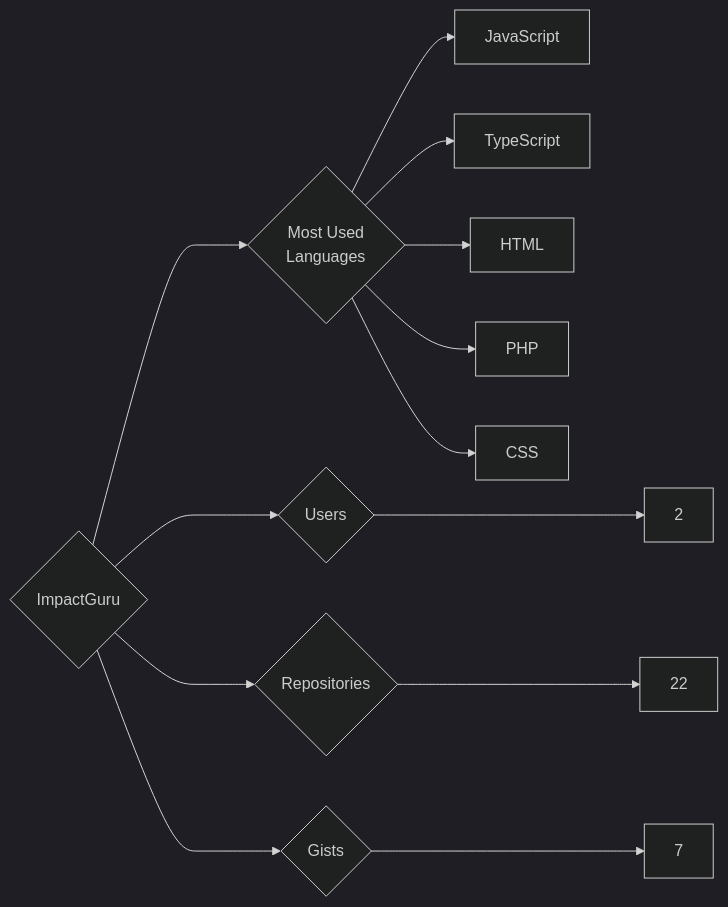
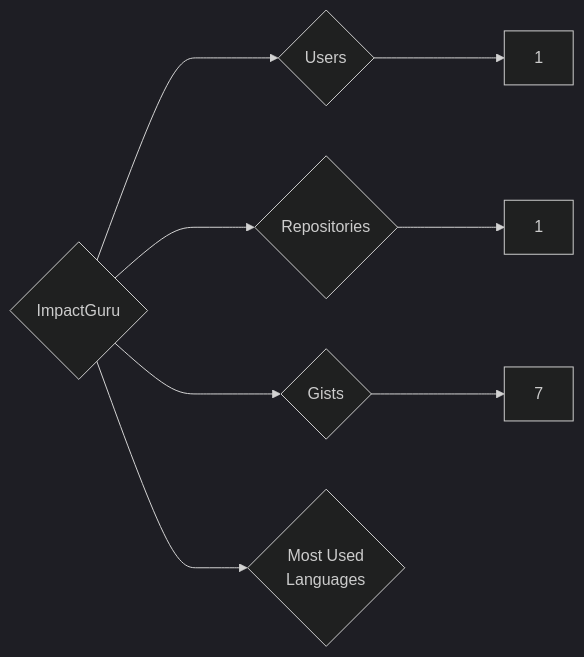
Before and after one commit to trickest/insiders: the diagram in targets/ImpactGuru/README.md, drawn with Mermaid (dark theme). The commit also changed 1055 other files, not shown here.

````diff
--- a/targets/ImpactGuru/README.md
+++ b/targets/ImpactGuru/README.md
@@ -3,13 +3,8 @@
 ```mermaid
 graph LR
 COMPANY_NAME{ImpactGuru}
-COMPANY_NAME ---> U{Users} ---> UN[2]
-COMPANY_NAME ---> R{Repositories} ---> RN[22]
+COMPANY_NAME ---> U{Users} ---> UN[1]
+COMPANY_NAME ---> R{Repositories} ---> RN[1]
 COMPANY_NAME ---> G{Gists} ---> GN[7]
 COMPANY_NAME ---> ML{Most Used<br>Languages}
-ML --> JavaScript[JavaScript]
-ML --> TypeScript[TypeScript]
-ML --> HTML[HTML]
-ML --> PHP[PHP]
-ML --> CSS[CSS]
 ```
````
